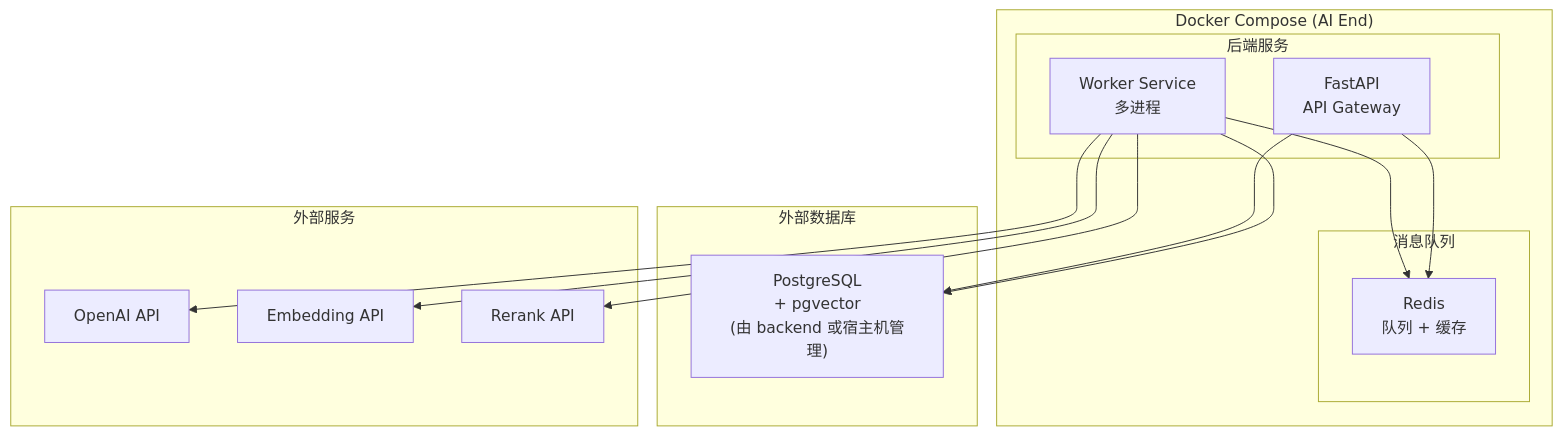
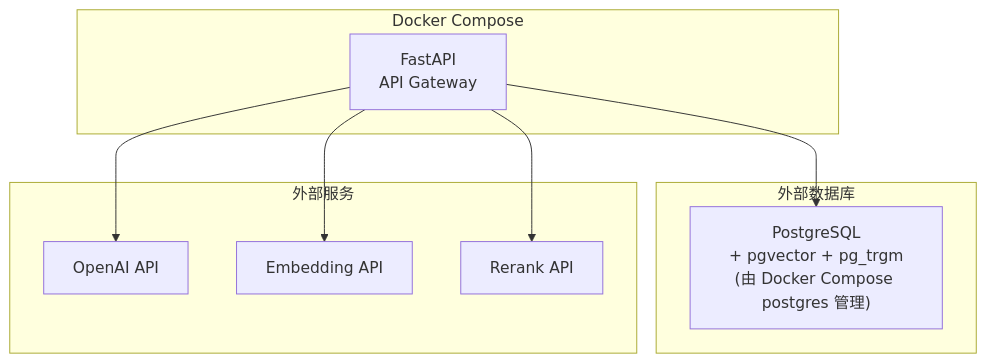
The fourth of 12 diagrams in ai_end/README.md (MEO-wj/OA_Reader_APP), drawn with Mermaid before and after one commit. The commit also changed other lines of this file and 6 other files, not shown here.

````diff
--- a/ai_end/README.md
+++ b/ai_end/README.md
@@ -327,31 +326,21 @@
 ```mermaid
 flowchart TB
-    subgraph Docker["Docker Compose (AI End)"]
-        subgraph Backend["后端服务"]
-            API["FastAPI<br/>API Gateway"]
-            Worker["Worker Service<br/>多进程"]
-        end
-
-        subgraph Queue["消息队列"]
-            Redis["Redis<br/>队列 + 缓存"]
-        end
+    subgraph Docker["Docker Compose"]
+        API["FastAPI<br/>API Gateway"]
     end
 
     subgraph ExternalDB["外部数据库"]
-        PG["PostgreSQL<br/>+ pgvector<br/>(由 backend 或宿主机管理)"]
+        PG["PostgreSQL<br/>+ pgvector + pg_trgm<br/>(由 Docker Compose postgres 管理)"]
     end
 
     subgraph External["外部服务"]
         OpenAI["OpenAI API"]
         EBD["Embedding API"]
         Rerank["Rerank API"]
     end
 
-    API --> Redis
-    Worker --> Redis
-    Worker --> PG
     API --> PG
-    Worker --> OpenAI
-    Worker --> EBD
-    Worker --> Rerank
+    API --> OpenAI
+    API --> EBD
+    API --> Rerank
 ```
````
